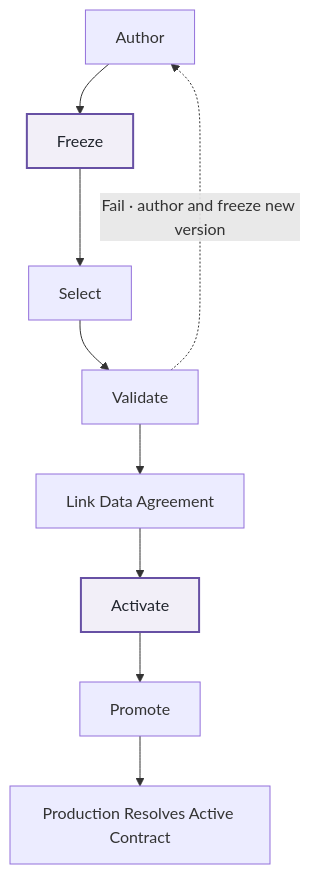
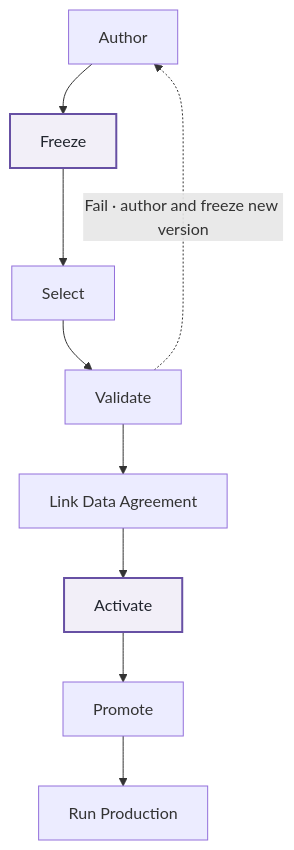
One commit to Voycepeh/FabricOps-Starter-Kit changed the second of 6 diagrams in docs/how-fabricops-works.md. Above: the diagram before and after it, drawn with Mermaid. The commit also changed other lines of this file and 15 other files, not shown here.

````diff
--- a/docs/how-fabricops-works.md
+++ b/docs/how-fabricops-works.md
@@ -311,8 +330,8 @@
 ```mermaid
 flowchart TD
-    AUTHOR["Author"] --> FREEZE["Freeze"] --> SELECT["Select"] --> VALIDATE["Validate"] --> LINK["Link Data Agreement"] --> ACTIVATE["Activate"] --> PROMOTE["Promote"] --> PROD["Production Resolves Active Contract"]
+    AUTHOR["Author"] --> FREEZE["Freeze"] --> SELECT["Select"] --> VALIDATE["Validate"] --> LINK["Link Data Agreement"] --> ACTIVATE["Activate"] --> PROMOTE["Promote"] --> PROD["Run Production"]
     VALIDATE -. "Fail · author and freeze new version" .-> AUTHOR
 
     classDef focal fill:#f2eff8,stroke:#6750a4,stroke-width:2px,color:#20242d;
     class FREEZE,ACTIVATE focal;
 ```
````
